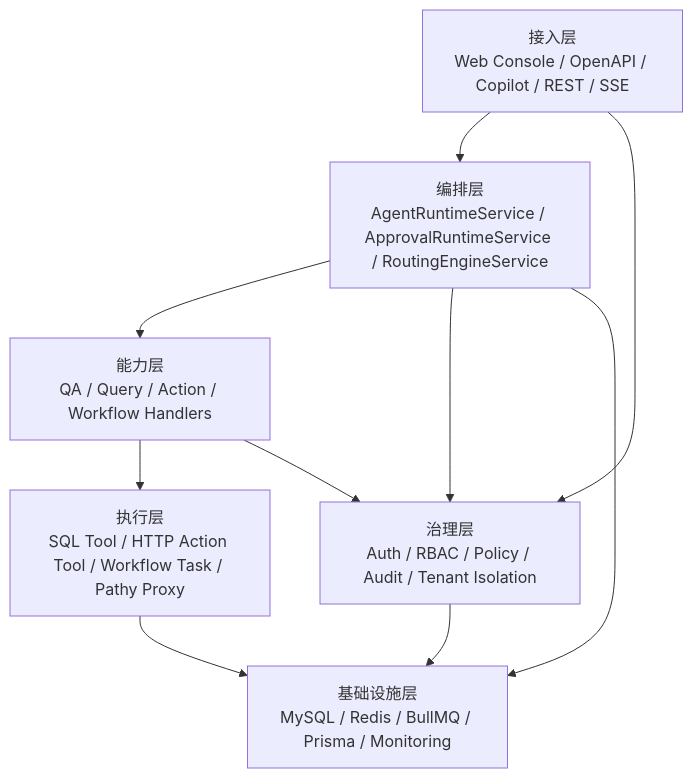
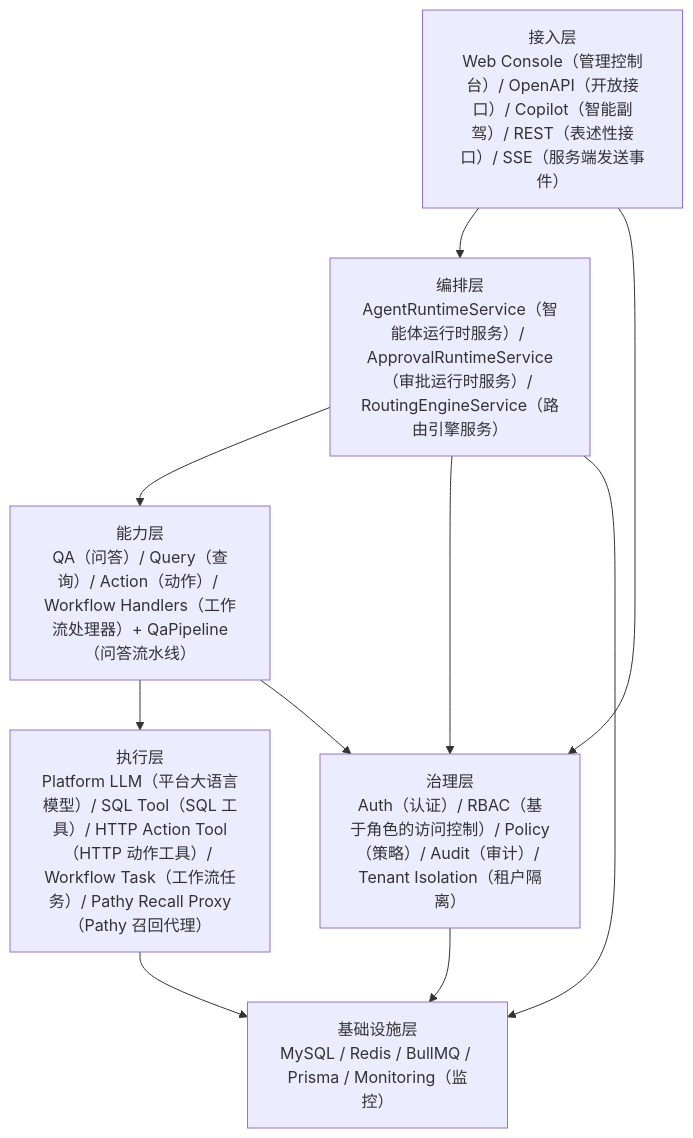
The third of 3 diagrams in docs/system-architecture.md (wangfeifei-xsd/shellder-agent), drawn with Mermaid before and after one commit. The commit also changed other lines of this file and 1 other file, not shown here.

Commit message:
流程图

````diff
--- a/docs/system-architecture.md
+++ b/docs/system-architecture.md
@@ -150,19 +160,19 @@
 ```mermaid
 flowchart TB
-    A["接入层\nWeb Console / OpenAPI / Copilot / REST / SSE"]
-    B["编排层\nAgentRuntimeService / ApprovalRuntimeService / RoutingEngineService"]
-    C["能力层\nQA / Query / Action / Workflow Handlers"]
-    D["执行层\nSQL Tool / HTTP Action Tool / Workflow Task / Pathy Proxy"]
-    E["治理层\nAuth / RBAC / Policy / Audit / Tenant Isolation"]
-    F["基础设施层\nMySQL / Redis / BullMQ / Prisma / Monitoring"]
+    A["接入层\nWeb Console（管理控制台）/ OpenAPI（开放接口）/ Copilot（智能副驾）/ REST（表述性接口）/ SSE（服务端发送事件）"]
+    B["编排层\nAgentRuntimeService（智能体运行时服务）/ ApprovalRuntimeService（审批运行时服务）/ RoutingEngineService（路由引擎服务）"]
+    C["能力层\nQA（问答）/ Query（查询）/ Action（动作）/ Workflow Handlers（工作流处理器）+ QaPipeline（问答流水线）"]
+    D["执行层\nPlatform LLM（平台大语言模型）/ SQL Tool（SQL 工具）/ HTTP Action Tool（HTTP 动作工具）/ Workflow Task（工作流任务）/ Pathy Recall Proxy（Pathy 召回代理）"]
+    E["治理层\nAuth（认证）/ RBAC（基于角色的访问控制）/ Policy（策略）/ Audit（审计）/ Tenant Isolation（租户隔离）"]
+    F["基础设施层\nMySQL / Redis / BullMQ / Prisma / Monitoring（监控）"]
 
     A --> B
     B --> C
     C --> D
     B --> E
     C --> E
     A --> E
     D --> F
     E --> F
     B --> F
 ```
````
